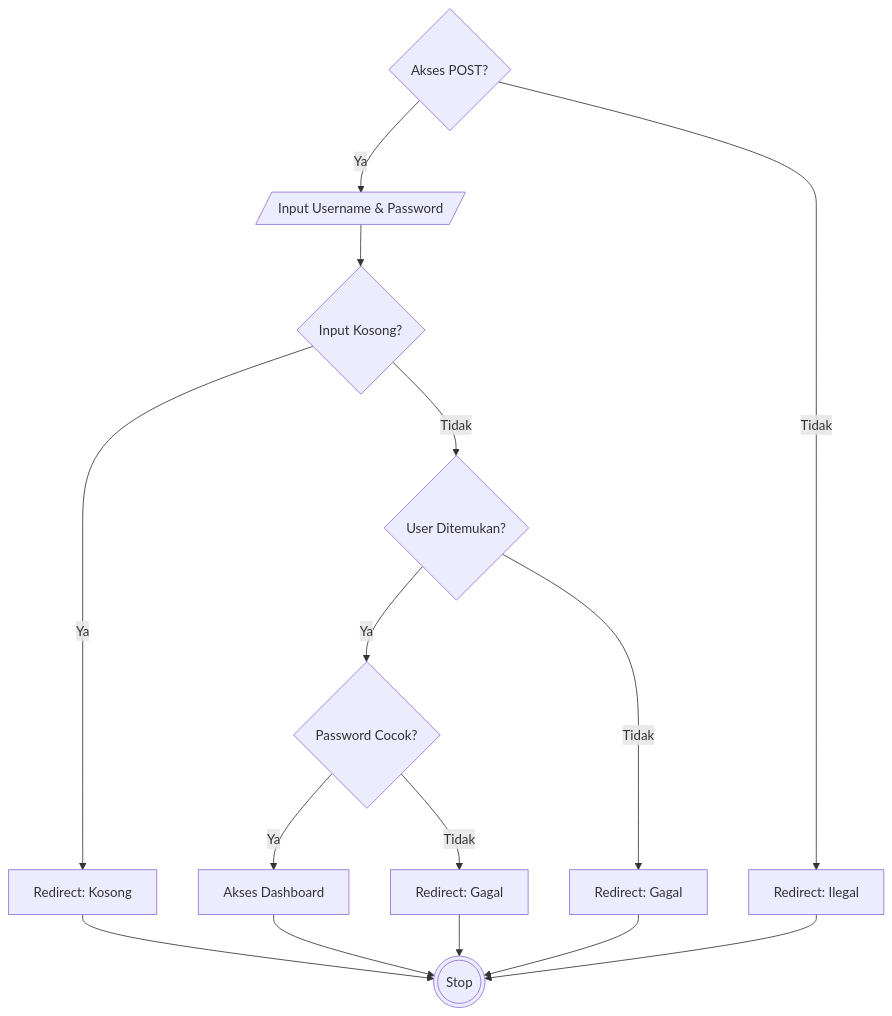
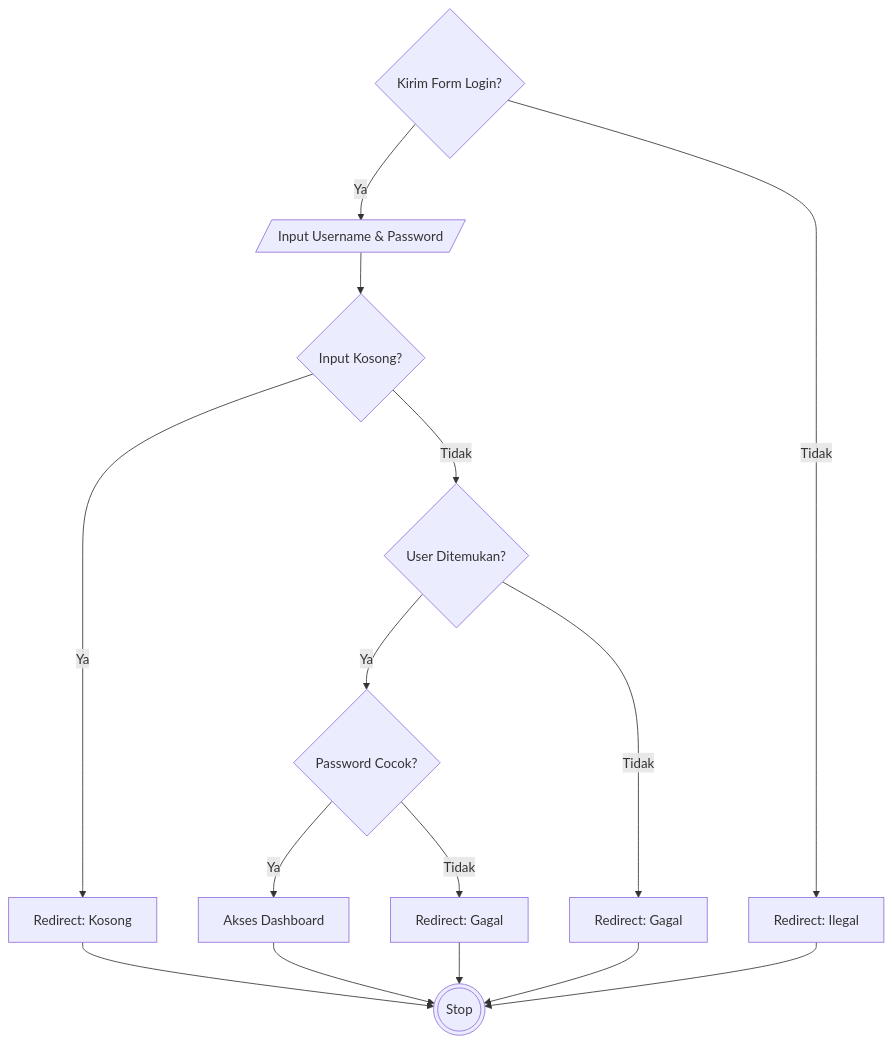
Before and after one commit to arbain-dev/Web_fikom: the first of 8 diagrams in docs/07_PENGUJIAN_WHITE_BOX.md, drawn with Mermaid. The commit also changed other lines of this file, not shown here.

````diff
--- a/docs/07_PENGUJIAN_WHITE_BOX.md
+++ b/docs/07_PENGUJIAN_WHITE_BOX.md
@@ -29,21 +29,21 @@
 ```mermaid
 flowchart TD
-    1{Akses POST?} -->|Ya| 2[/Input Username & Password/]
+    1{Kirim Form Login?} -->|Ya| 2[/Input Username & Password/]
     1 -->|Tidak| 10[Redirect: Ilegal]
     
     2 --> 3{Input Kosong?}
     3 -->|Ya| 4[Redirect: Kosong]
     3 -->|Tidak| 5{User Ditemukan?}
     
     5 -->|Ya| 6{Password Cocok?}
     5 -->|Tidak| 9[Redirect: Gagal]
     
     6 -->|Ya| 7[Akses Dashboard]
     6 -->|Tidak| 8[Redirect: Gagal]
     
     4 --> 11(((Stop)))
     7 --> 11
     8 --> 11
     9 --> 11
     10 --> 11
 ```
````
